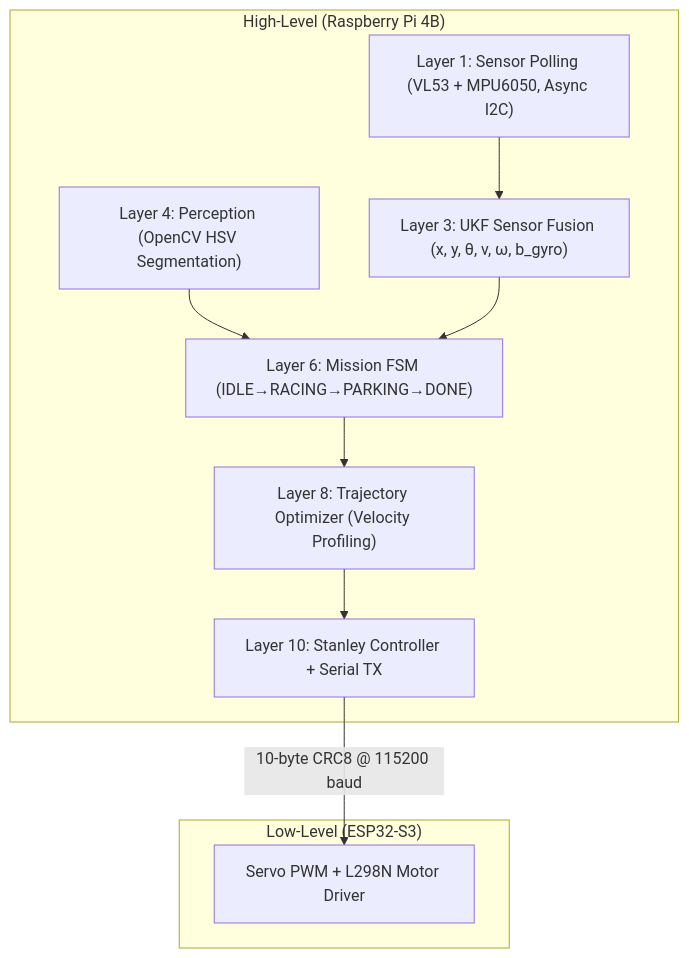
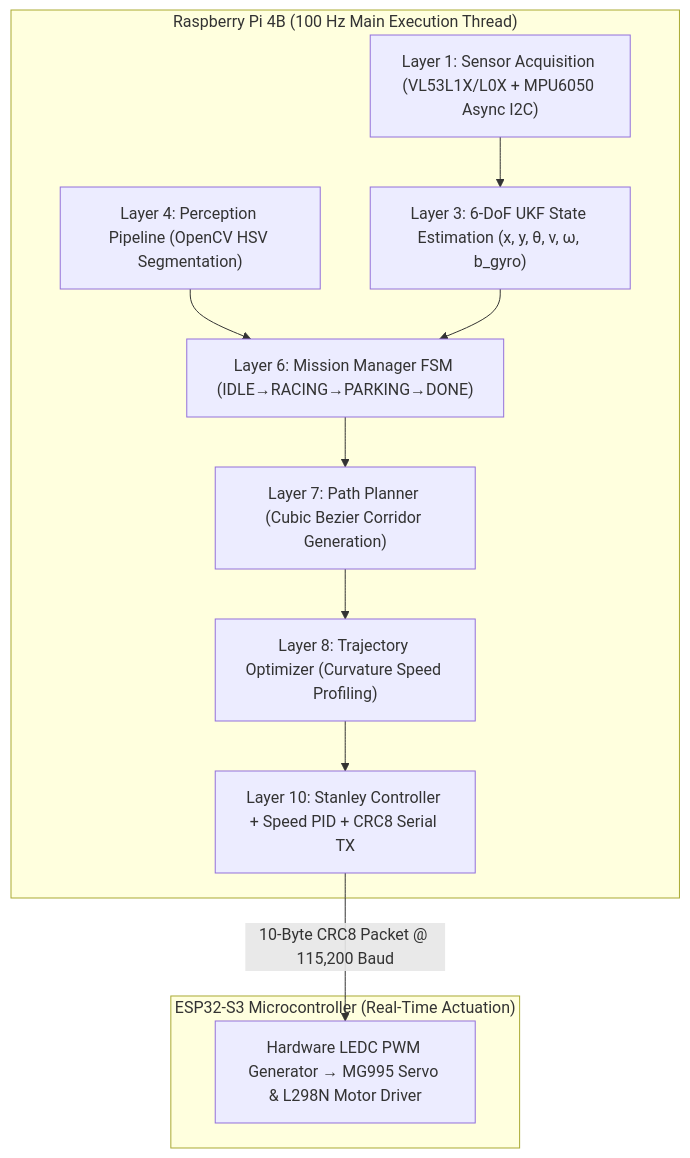
The diagram in README.md (SHRUT6633/car), drawn with Mermaid before and after one commit. The commit also changed other lines of this file and 1 other file, not shown here.

````diff
--- a/README.md
+++ b/README.md
@@ -136,22 +107,24 @@
 ```mermaid
 graph TD
-    subgraph High_Level ["High-Level (Raspberry Pi 4B)"]
-        L1["Layer 1: Sensor Polling (VL53 + MPU6050, Async I2C)"]
-        L3["Layer 3: UKF Sensor Fusion (x, y, θ, v, ω, b_gyro)"]
-        L4["Layer 4: Perception (OpenCV HSV Segmentation)"]
-        L6["Layer 6: Mission FSM (IDLE→RACING→PARKING→DONE)"]
-        L8["Layer 8: Trajectory Optimizer (Velocity Profiling)"]
-        L10["Layer 10: Stanley Controller + Serial TX"]
+    subgraph High_Level ["Raspberry Pi 4B (100 Hz Main Execution Thread)"]
+        L1["Layer 1: Sensor Acquisition (VL53L1X/L0X + MPU6050 Async I2C)"]
+        L3["Layer 3: 6-DoF UKF State Estimation (x, y, θ, v, ω, b_gyro)"]
+        L4["Layer 4: Perception Pipeline (OpenCV HSV Segmentation)"]
+        L6["Layer 6: Mission Manager FSM (IDLE→RACING→PARKING→DONE)"]
+        L7["Layer 7: Path Planner (Cubic Bezier Corridor Generation)"]
+        L8["Layer 8: Trajectory Optimizer (Curvature Speed Profiling)"]
+        L10["Layer 10: Stanley Controller + Speed PID + CRC8 Serial TX"]
     end
 
-    subgraph Low_Level ["Low-Level (ESP32-S3)"]
-        ESP["Servo PWM + L298N Motor Driver"]
+    subgraph Low_Level ["ESP32-S3 Microcontroller (Real-Time Actuation)"]
+        ESP["Hardware LEDC PWM Generator → MG995 Servo & L298N Motor Driver"]
     end
 
     L1 --> L3
     L4 --> L6
     L3 --> L6
-    L6 --> L8
+    L6 --> L7
+    L7 --> L8
     L8 --> L10
-    L10 -->|"10-byte CRC8 @ 115200 baud"| ESP
+    L10 -->|"10-Byte CRC8 Packet @ 115,200 Baud"| ESP
 ```
````
